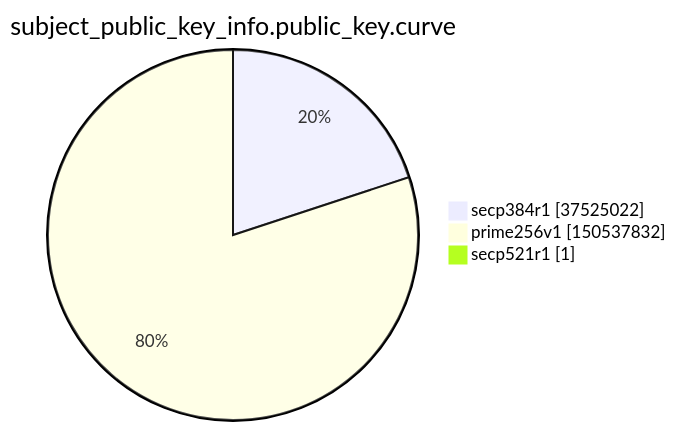
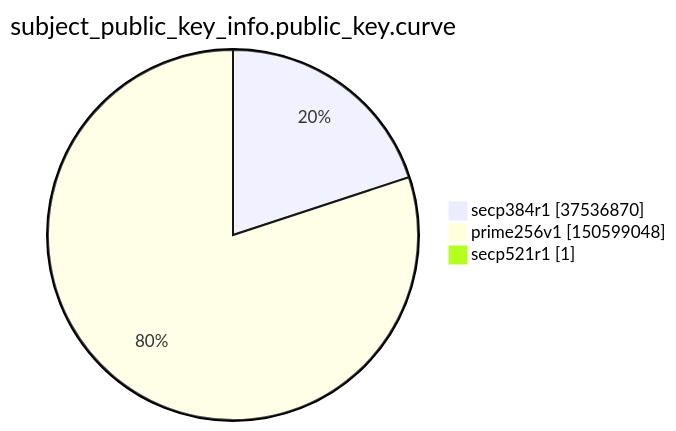
One commit to christiankrug/ctmonitor_visualization changed the ninth of 15 diagrams in xenon2022/README.md. Above: the diagram before and after it, drawn with Mermaid. The commit also changed other lines of this file, not shown here.

````diff
--- a/xenon2022/README.md
+++ b/xenon2022/README.md
@@ -2857,7 +2858,7 @@
 ```mermaid
 pie showData
 title subject_public_key_info.public_key.curve
-"secp384r1" :37525022
-"prime256v1" :150537832
+"secp384r1" :37536870
+"prime256v1" :150599048
 "secp521r1" :1
 ```
````
